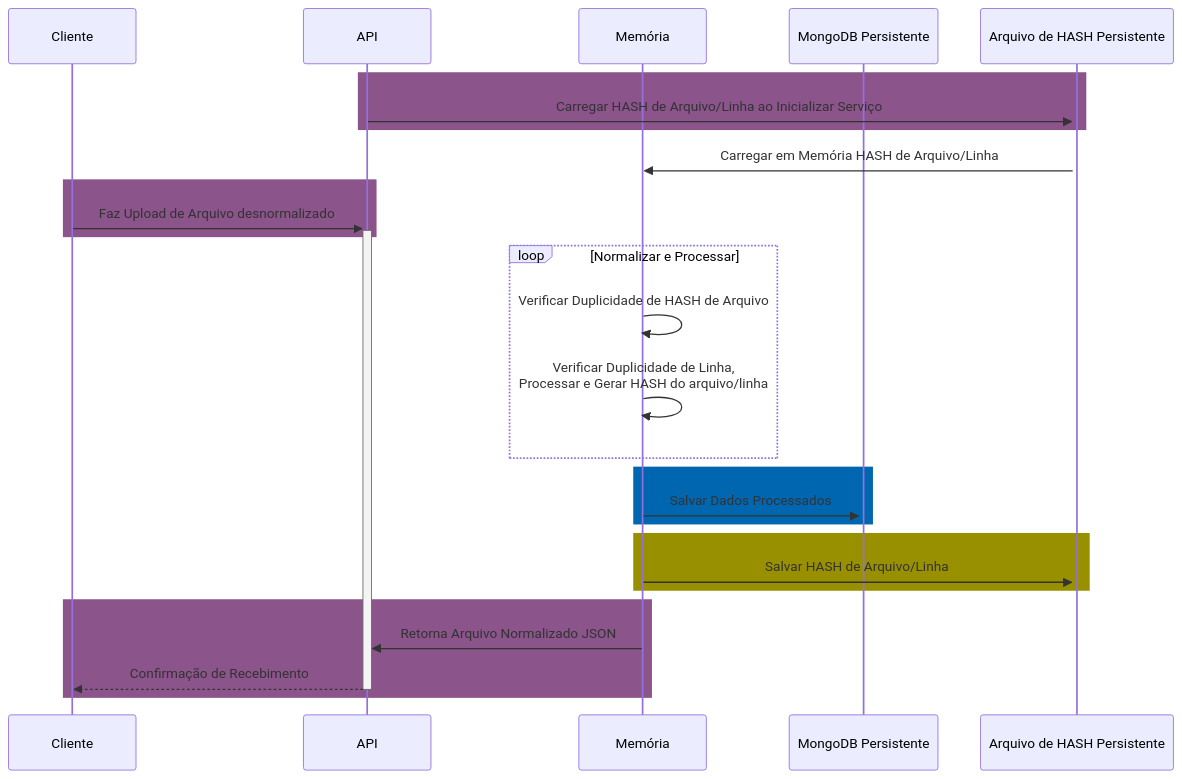
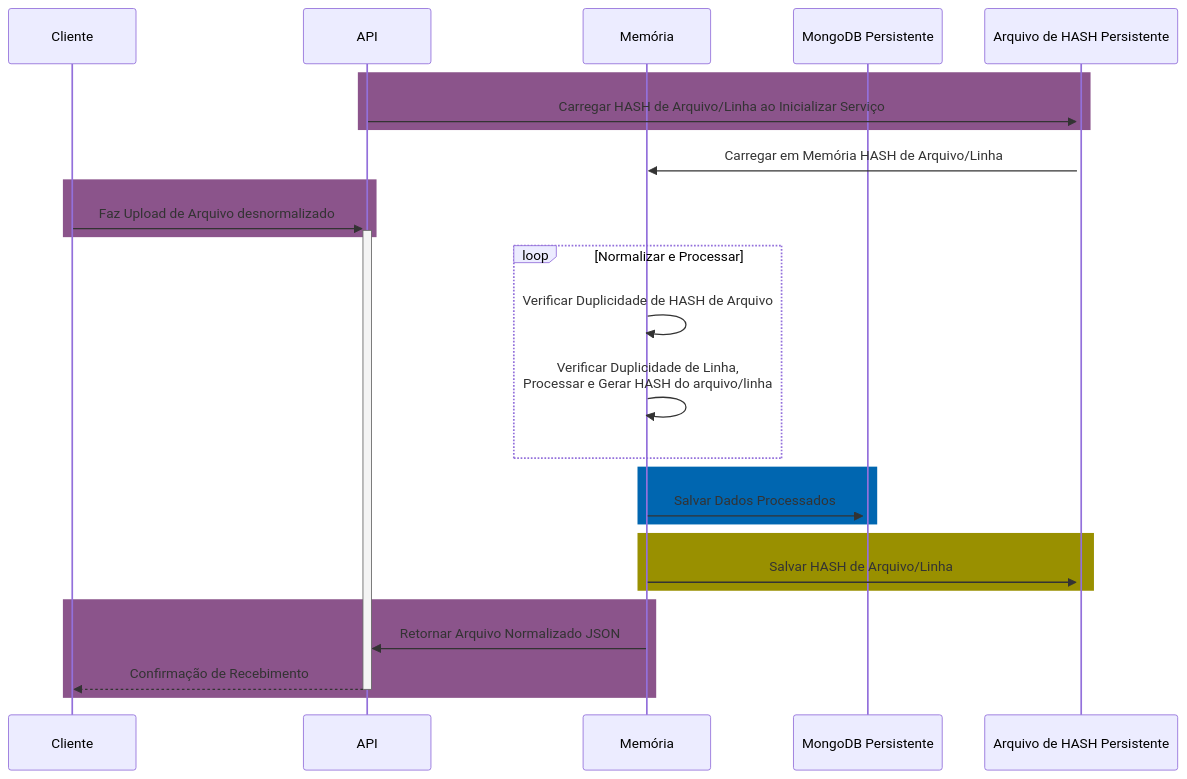
Before and after one commit to caputomarcos/luizalabs-logistics-challenge-order-api: the first of 2 diagrams in README.md, drawn with Mermaid.

````diff
--- a/README.md
+++ b/README.md
@@ -20,30 +20,30 @@
 ```mermaid
 sequenceDiagram
     participant Cliente as Cliente
     participant API as API
     participant Memória as Memória
     participant MongoDB as MongoDB Persistente
     participant ArquivoHash as Arquivo de HASH Persistente
 
     rect rgb(139, 84, 139)
     API->>+ArquivoHash: Carregar HASH de Arquivo/Linha ao Inicializar Serviço
     end
     ArquivoHash->>Memória: Carregar em Memória HASH de Arquivo/Linha
     rect rgb(139, 84, 139)
     Cliente->>+API: Faz Upload de Arquivo desnormalizado
     end
     loop Normalizar e Processar
         Memória->>Memória: Verificar Duplicidade de HASH de Arquivo
         Memória->>Memória: Verificar Duplicidade de Linha,<br/>Processar e Gerar HASH do arquivo/linha
     end
     rect rgb(0, 102, 176)
     Memória->>+MongoDB: Salvar Dados Processados
     end
     rect rgb(153, 144, 0)
     Memória->>+ArquivoHash: Salvar HASH de Arquivo/Linha
     end
     rect rgb(139, 84, 139)
-    Memória->>API: Retorna Arquivo Normalizado JSON
+    Memória->>API: Retornar Arquivo Normalizado JSON
     API-->>-Cliente: Confirmação de Recebimento
     end
 ```
````
